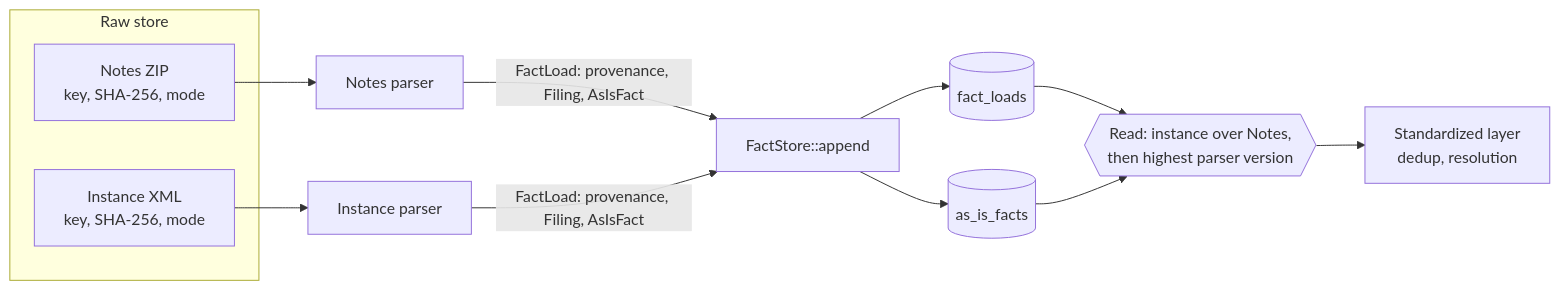
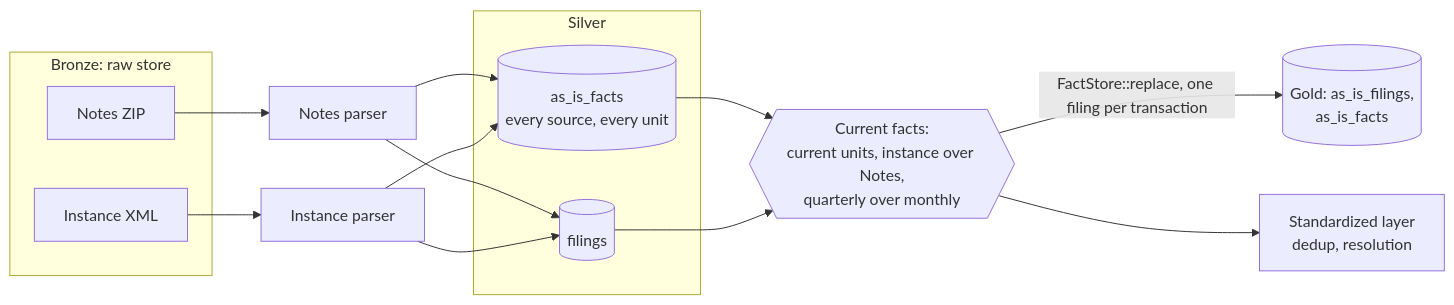
The diagram in sec/design/data_model/as_is_fact_store.md (ironcapitaleu/arkad), drawn with Mermaid before and after one commit. The commit also changed other lines of this file and 6 other files, not shown here.

First line of the commit message:
doc(storage): align the fact store with the silver layer

````diff
--- a/sec/design/data_model/as_is_fact_store.md
+++ b/sec/design/data_model/as_is_fact_store.md
@@ -425,16 +331,21 @@
 ```mermaid
 flowchart LR
-  subgraph Raw[Raw store]
-    NZ[Notes ZIP<br/>key, SHA-256, mode]
-    IX[Instance XML<br/>key, SHA-256, mode]
+  subgraph Raw[Bronze: raw store]
+    NZ[Notes ZIP]
+    IX[Instance XML]
   end
   NZ --> PN[Notes parser]
   IX --> PI[Instance parser]
-  PN -- "FactLoad: provenance, Filing, AsIsFact" --> AP["FactStore::append"]
-  PI -- "FactLoad: provenance, Filing, AsIsFact" --> AP
-  AP --> FL[(fact_loads)]
-  AP --> AF[(as_is_facts)]
-  FL --> CR{{"Read: instance over Notes,<br/>then highest parser version"}}
-  AF --> CR
+  subgraph Silver[Silver]
+    AF[(as_is_facts<br/>every source, every unit)]
+    FI[(filings)]
+  end
+  PN --> AF
+  PN --> FI
+  PI --> AF
+  PI --> FI
+  AF --> CR{{"Current facts:<br/>current units, instance over Notes,<br/>quarterly over monthly"}}
+  FI --> CR
+  CR -- "FactStore::replace, one filing per transaction" --> GD[(Gold: as_is_filings,<br/>as_is_facts)]
   CR --> SL[Standardized layer<br/>dedup, resolution]
 ```
````
